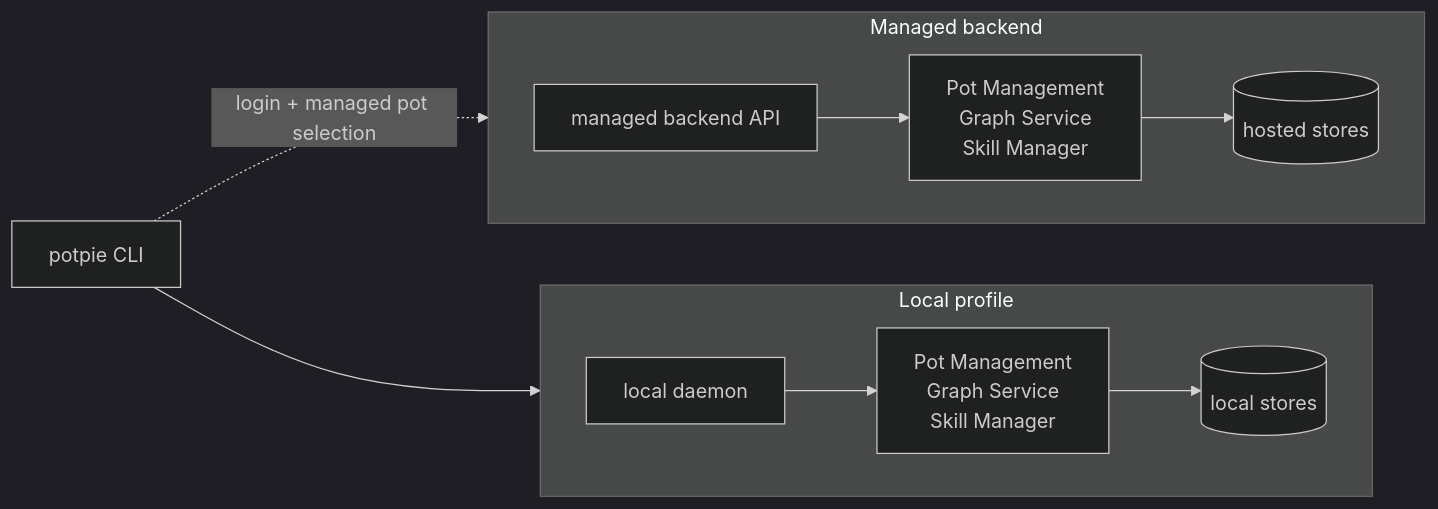
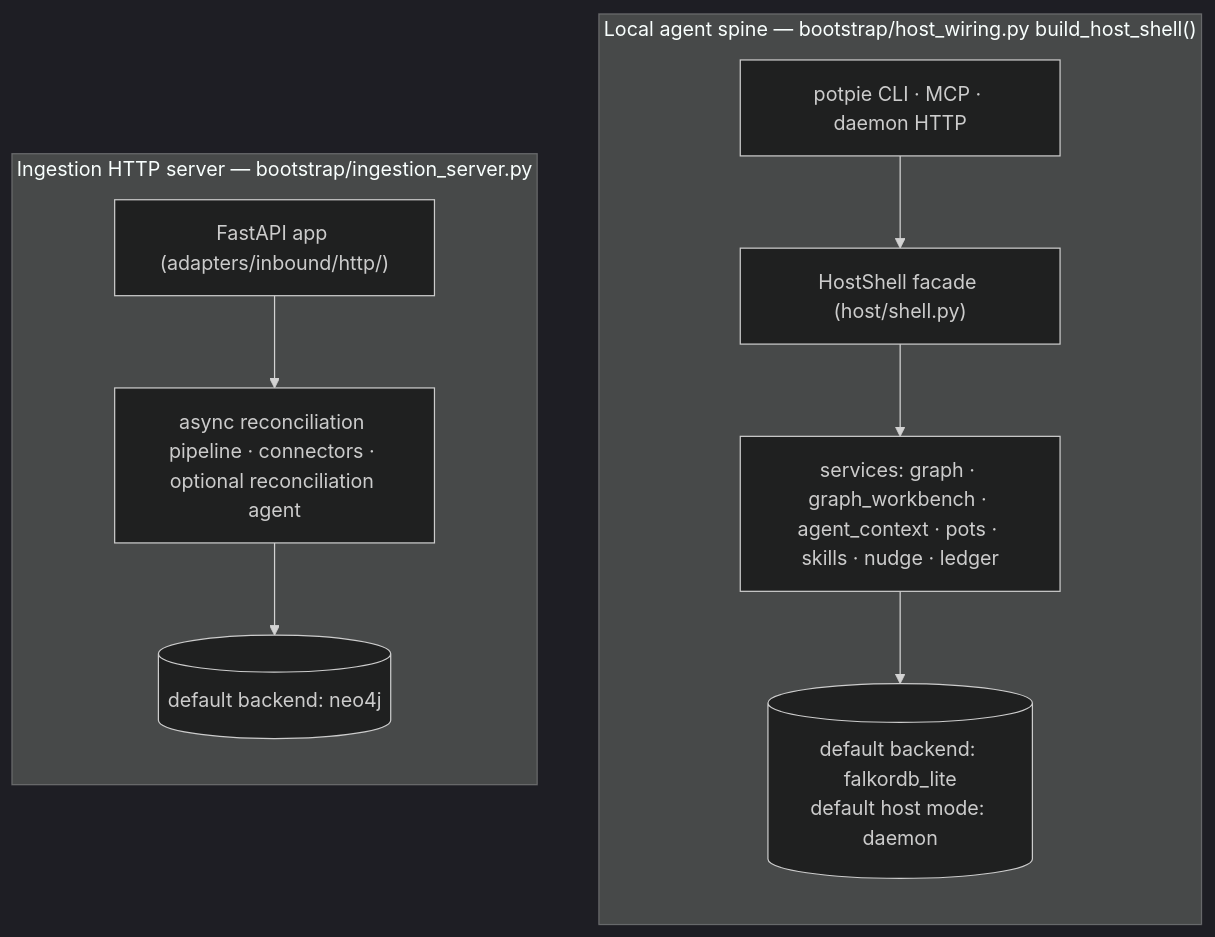
Before and after one commit to potpie-ai/potpie: the second of 5 diagrams in docs/context-graph/architecture.md, drawn with Mermaid (dark theme). The commit also changed other lines of this file and 15 other files, not shown here.

First line of the commit message:
Refresh Context Graph docs (#962)

````diff
--- a/docs/context-graph/architecture.md
+++ b/docs/context-graph/architecture.md
@@ -54,23 +63,19 @@
 ```mermaid
-flowchart LR
-  cg_entry["potpie CLI"]
-
-  subgraph cg_local_profile["Local profile"]
-    direction LR
-    cg_local_daemon["local daemon"]
-    cg_local_services["Pot Management<br/>Graph Service<br/>Skill Manager"]
-    cg_local_storage[("local stores")]
-    cg_local_daemon --> cg_local_services --> cg_local_storage
+flowchart TB
+  subgraph cg_spine["Local agent spine — bootstrap/host_wiring.py build_host_shell()"]
+    direction TB
+    cg_cli["potpie CLI · MCP · daemon HTTP"]
+    cg_shell["HostShell facade (host/shell.py)"]
+    cg_services["services: graph · graph_workbench · agent_context · pots · skills · nudge · ledger"]
+    cg_lite[("default backend: falkordb_lite<br/>default host mode: daemon")]
+    cg_cli --> cg_shell --> cg_services --> cg_lite
   end
 
-  subgraph cg_managed_profile["Managed backend"]
-    direction LR
-    cg_managed_api["managed backend API"]
-    cg_managed_services["Pot Management<br/>Graph Service<br/>Skill Manager"]
-    cg_managed_storage[("hosted stores")]
-    cg_managed_api --> cg_managed_services --> cg_managed_storage
+  subgraph cg_ingest["Ingestion HTTP server — bootstrap/ingestion_server.py"]
+    direction TB
+    cg_fastapi["FastAPI app (adapters/inbound/http/)"]
+    cg_pipeline["async reconciliation pipeline · connectors · optional reconciliation agent"]
+    cg_neo[("default backend: neo4j")]
+    cg_fastapi --> cg_pipeline --> cg_neo
   end
-
-  cg_entry --> cg_local_daemon
-  cg_entry -. "login + managed pot selection" .-> cg_managed_api
 ```
````
